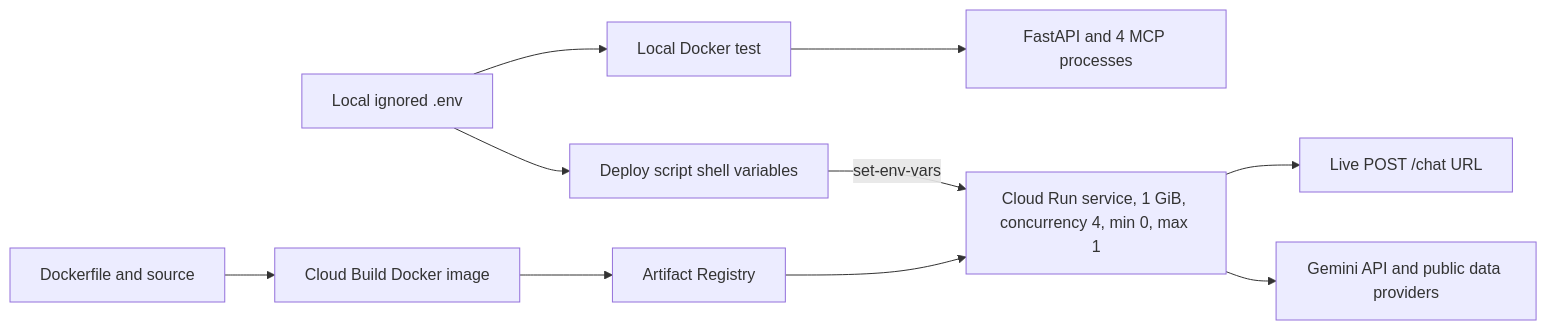
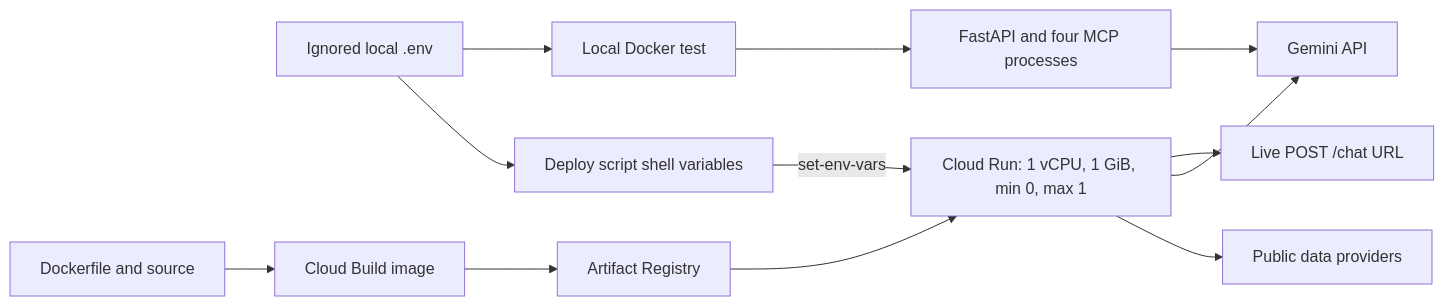
The third of 3 diagrams in README.md (waderylan/prediction-market-agent), drawn with Mermaid before and after one commit. The commit also changed other lines of this file and 1 other file, not shown here.

````diff
--- a/README.md
+++ b/README.md
@@ -341,12 +213,14 @@
 ```mermaid
 flowchart LR
-    ENV[Local ignored .env] --> DEV[Local Docker test]
-    DEV --> APP[FastAPI and 4 MCP processes]
-    ENV --> SHELL[Deploy script shell variables]
-    SRC[Dockerfile and source] --> BUILD[Cloud Build Docker image]
+    ENV[Ignored local .env] --> DEV[Local Docker test]
+    DEV --> APP[FastAPI and four MCP processes]
+    APP --> GEM[Gemini API]
+    ENV --> SH[Deploy script shell variables]
+    SRC[Dockerfile and source] --> BUILD[Cloud Build image]
     BUILD --> AR[Artifact Registry]
-    AR --> CR[Cloud Run service, 1 GiB, concurrency 4, min 0, max 1]
-    SHELL -->|set-env-vars| CR
+    AR --> CR[Cloud Run: 1 vCPU, 1 GiB, min 0, max 1]
+    SH -->|set-env-vars| CR
     CR --> URL[Live POST /chat URL]
-    CR --> EXT[Gemini API and public data providers]
+    CR --> GEM
+    CR --> EXT[Public data providers]
 ```
````
